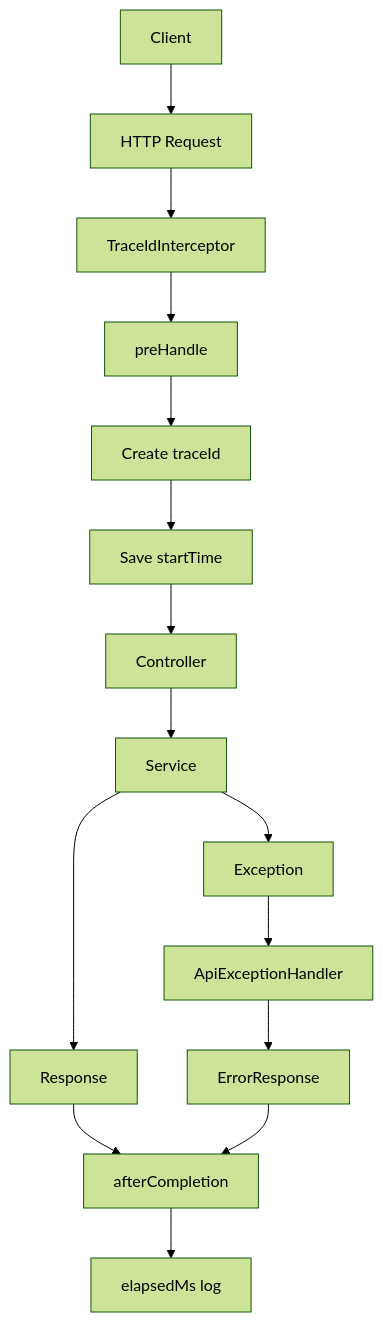
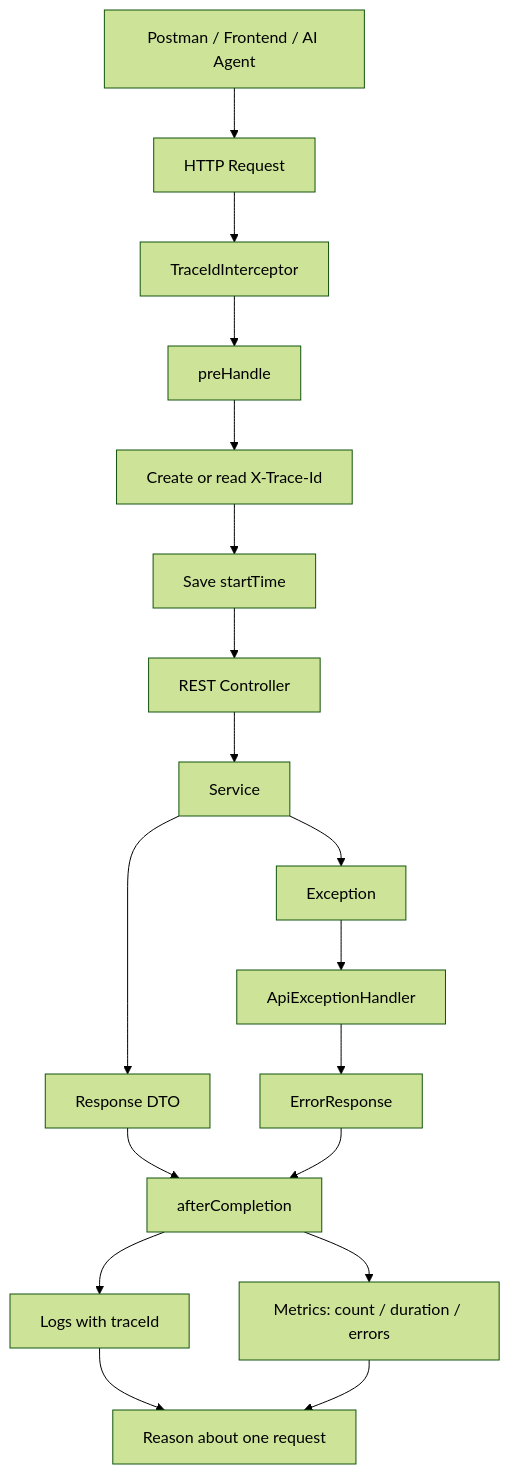
Before and after one commit to ai-agent-orchestrator/spring-boot-api-observability-practice: the diagram in README.md, drawn with Mermaid (forest theme). The commit also changed other lines of this file, not shown here.

Commit message:
docs: refocus README on Postman observability practice

````diff
--- a/README.md
+++ b/README.md
@@ -57,17 +44,20 @@
 ```mermaid
 flowchart TB
-    A["Client"] --> B["HTTP Request"]
+    A["Postman / Frontend / AI Agent"] --> B["HTTP Request"]
     B --> C["TraceIdInterceptor"]
     C --> D["preHandle"]
-    D --> E["Create traceId"]
+    D --> E["Create or read X-Trace-Id"]
     E --> F["Save startTime"]
-    F --> G["Controller"]
+    F --> G["REST Controller"]
     G --> H["Service"]
-    H --> I["Response"]
+    H --> I["Response DTO"]
     H --> J["Exception"]
     J --> K["ApiExceptionHandler"]
     K --> L["ErrorResponse"]
     I --> M["afterCompletion"]
     L --> M
-    M --> N["elapsedMs log"]
+    M --> N["Logs with traceId"]
+    M --> O["Metrics: count / duration / errors"]
+    N --> P["Reason about one request"]
+    O --> P
 ```
````
